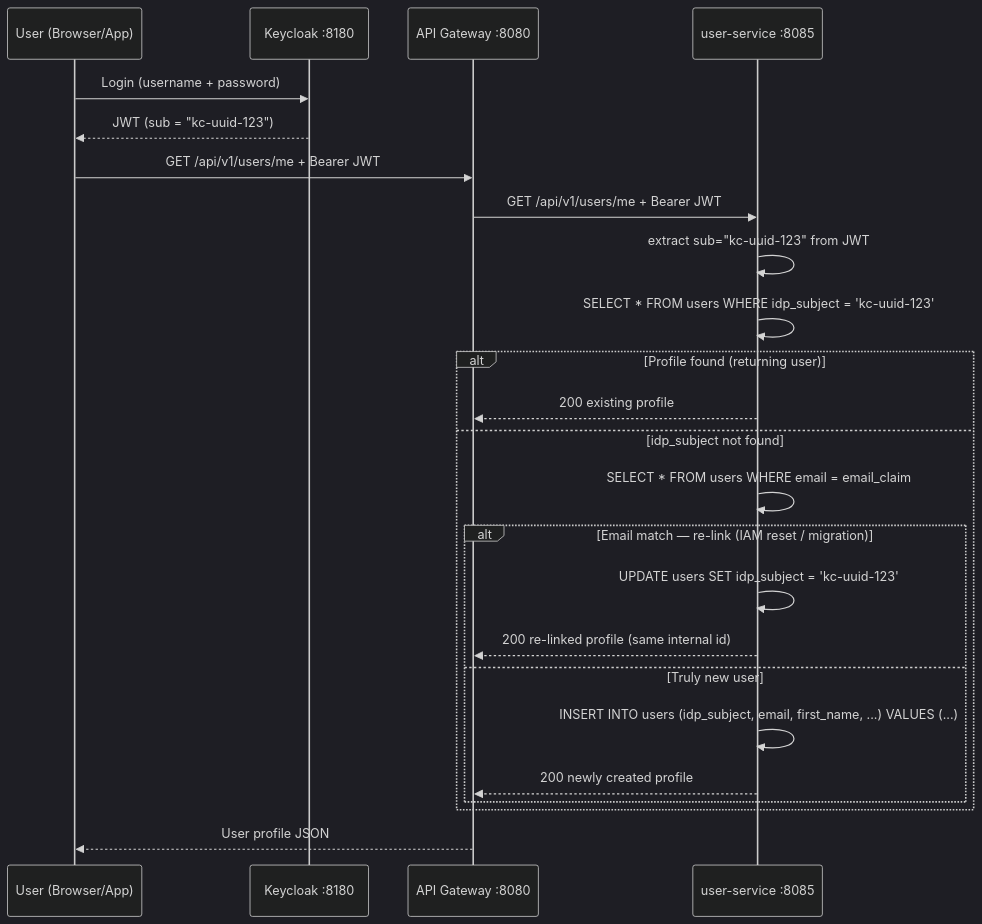
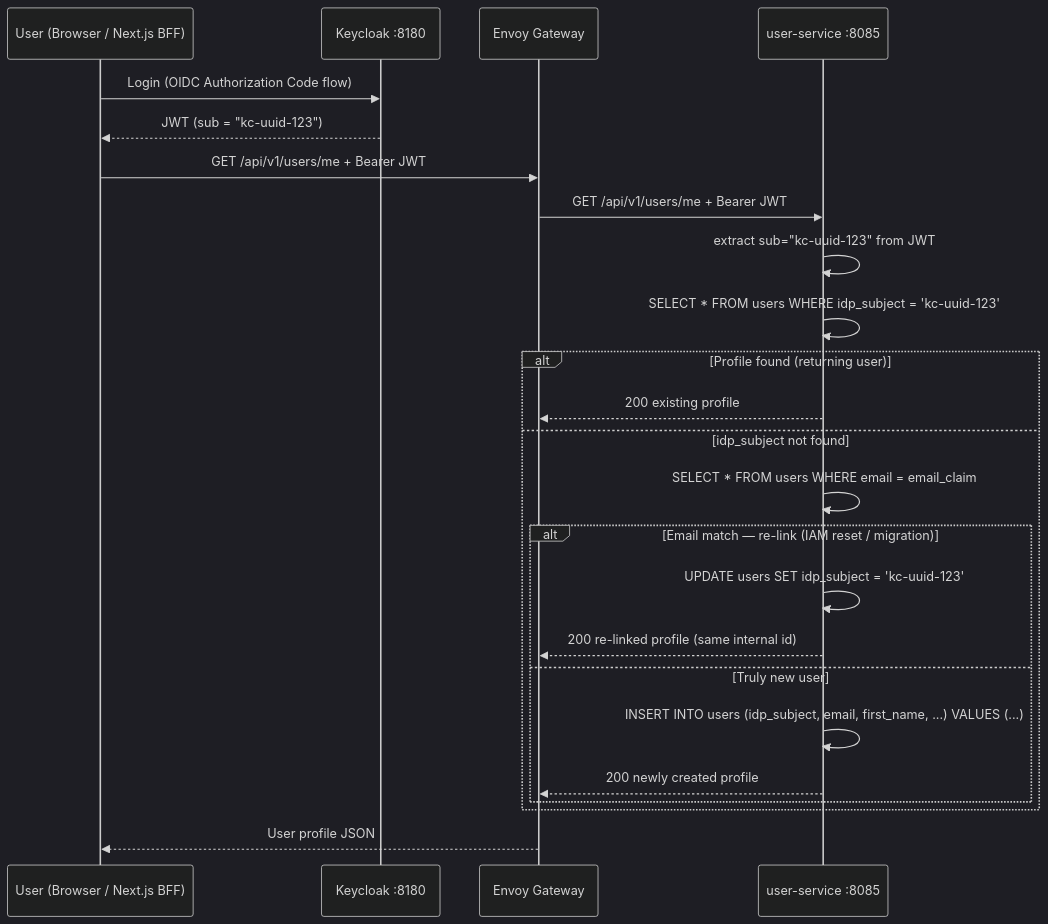
One commit to ricsanfre/spring-microservices-otel-k8s changed the first of 3 diagrams in design/user-service-keycloak-registration-flow.md. Above: the diagram before and after it, drawn with Mermaid (dark theme). The commit also changed other lines of this file and 4 other files, not shown here.

Commit message:
Adding to the architecture Next.js frontend to the application

````diff
--- a/design/user-service-keycloak-registration-flow.md
+++ b/design/user-service-keycloak-registration-flow.md
@@ -13,28 +19,28 @@
 ```mermaid
 sequenceDiagram
-    participant U as User (Browser/App)
+    participant U as User (Browser / Next.js BFF)
     participant KC as Keycloak :8180
-    participant GW as API Gateway :8080
+    participant GW as Envoy Gateway
     participant US as user-service :8085
 
-    U->>KC: Login (username + password)
+    U->>KC: Login (OIDC Authorization Code flow)
     KC-->>U: JWT (sub = "kc-uuid-123")
 
     U->>GW: GET /api/v1/users/me + Bearer JWT
     GW->>US: GET /api/v1/users/me + Bearer JWT
     US->>US: extract sub="kc-uuid-123" from JWT
     US->>US: SELECT * FROM users WHERE idp_subject = 'kc-uuid-123'
     alt Profile found (returning user)
         US-->>GW: 200 existing profile
     else idp_subject not found
         US->>US: SELECT * FROM users WHERE email = email_claim
         alt Email match — re-link (IAM reset / migration)
             US->>US: UPDATE users SET idp_subject = 'kc-uuid-123'
             US-->>GW: 200 re-linked profile (same internal id)
         else Truly new user
             US->>US: INSERT INTO users (idp_subject, email, first_name, ...) VALUES (...)
             US-->>GW: 200 newly created profile
         end
     end
     GW-->>U: User profile JSON
 ```
````
